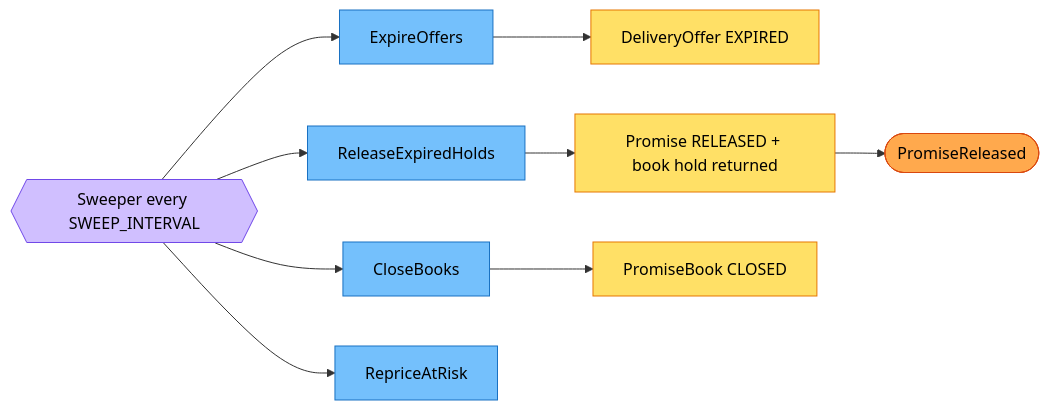
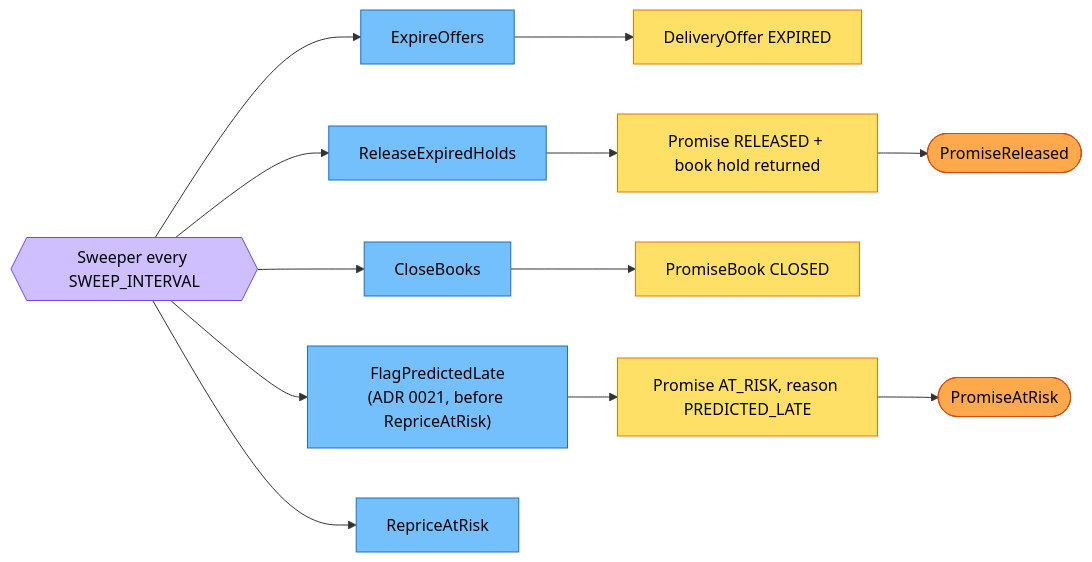
The fourth of 4 diagrams in docs/docs/ddd/eventstorming.md (IQVO/delivery-promise), drawn with Mermaid before and after one commit. The commit also changed other lines of this file and 11 other files, not shown here.

First line of the commit message:
docs(delivery-promise): five sweeper passes, LoadDeparted/LoadArrived and PREDICTED_LATE in the event pages

````diff
--- a/docs/docs/ddd/eventstorming.md
+++ b/docs/docs/ddd/eventstorming.md
@@ -125,20 +125,24 @@
 ```mermaid
 flowchart LR
   classDef evt fill:#ffa94d,stroke:#d9480f,color:#000
   classDef cmd fill:#74c0fc,stroke:#1971c2,color:#000
   classDef agg fill:#ffe066,stroke:#e67700,color:#000
   classDef pol fill:#d0bfff,stroke:#7048e8,color:#000
   tick{{"Sweeper every SWEEP_INTERVAL"}}:::pol
   c1["ExpireOffers"]:::cmd
   c2["ReleaseExpiredHolds"]:::cmd
   c3["CloseBooks"]:::cmd
-  c4["RepriceAtRisk"]:::cmd
+  c4["FlagPredictedLate<br/>(ADR 0021, before RepriceAtRisk)"]:::cmd
+  c5["RepriceAtRisk"]:::cmd
   a1["DeliveryOffer EXPIRED"]:::agg
   a2["Promise RELEASED + book hold returned"]:::agg
   a3["PromiseBook CLOSED"]:::agg
+  a4["Promise AT_RISK, reason PREDICTED_LATE"]:::agg
   e2(["PromiseReleased"]):::evt
+  e3(["PromiseAtRisk"]):::evt
   tick --> c1 --> a1
   tick --> c2 --> a2 --> e2
   tick --> c3 --> a3
-  tick --> c4
+  tick --> c4 --> a4 --> e3
+  tick --> c5
 ```
````
